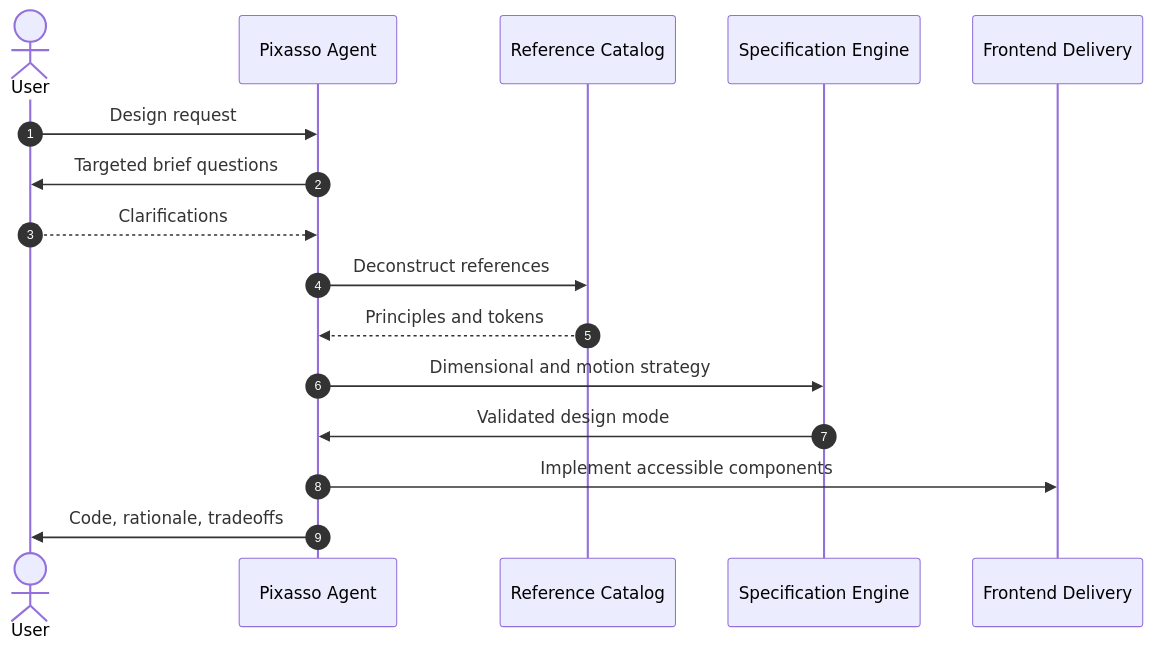
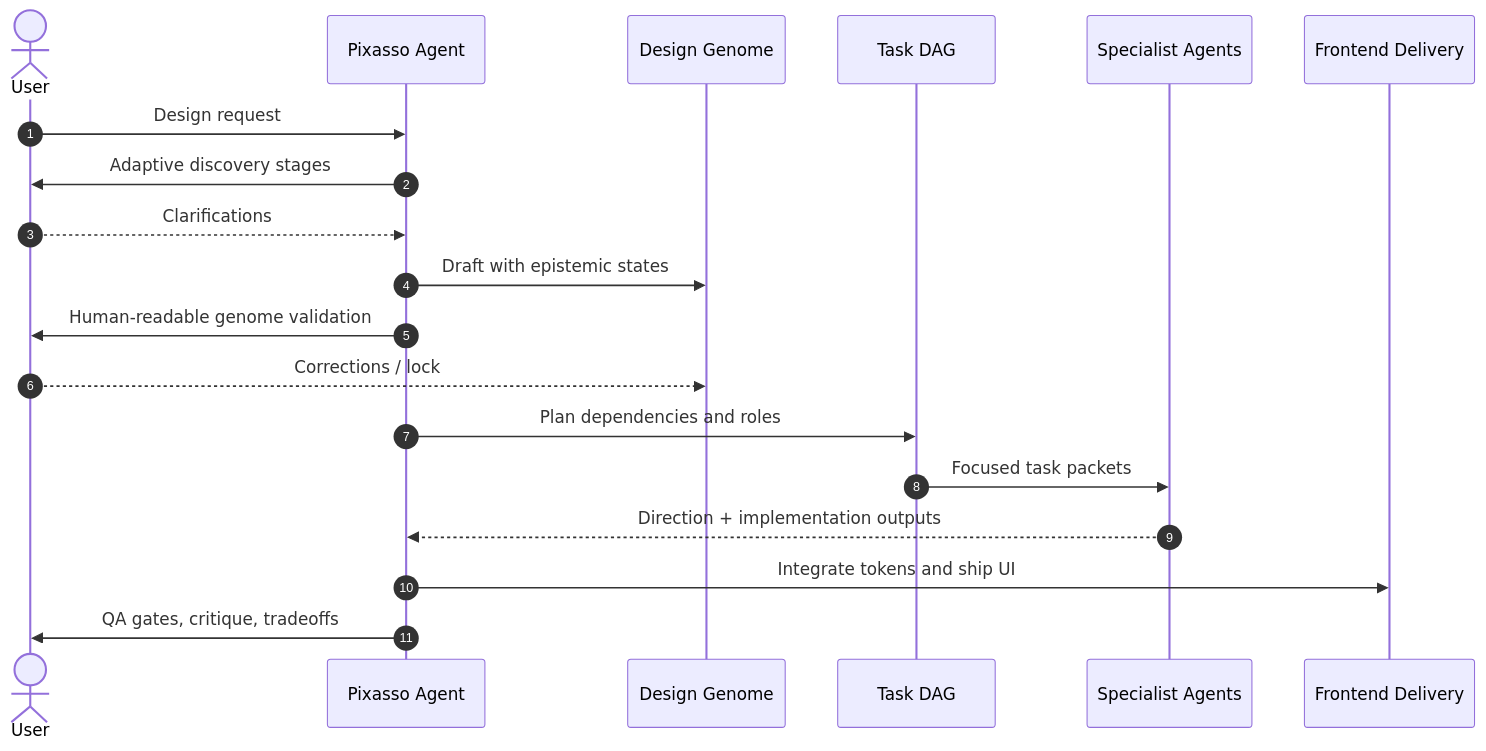
One commit to Erebuzzz/pixasso changed the third of 4 diagrams in README.md. Above: the diagram before and after it, drawn with Mermaid. The commit also changed other lines of this file and 105 other files, not shown here.

First line of the commit message:
Add intent discovery, Design Genome, Task DAG, and user-visible Design Brain.

````diff
--- a/README.md
+++ b/README.md
@@ -136,19 +181,22 @@
 ```mermaid
 sequenceDiagram
     autonumber
     actor User as User
     participant Pixasso as Pixasso Agent
-    participant Research as Reference Catalog
-    participant Spec as Specification Engine
+    participant Genome as Design Genome
+    participant DAG as Task DAG
+    participant Agents as Specialist Agents
     participant Code as Frontend Delivery
 
     User->>Pixasso: Design request
-    Pixasso->>User: Targeted brief questions
+    Pixasso->>User: Adaptive discovery stages
     User-->>Pixasso: Clarifications
-    Pixasso->>Research: Deconstruct references
-    Research-->>Pixasso: Principles and tokens
-    Pixasso->>Spec: Dimensional and motion strategy
-    Spec->>Pixasso: Validated design mode
-    Pixasso->>Code: Implement accessible components
-    Pixasso->>User: Code, rationale, tradeoffs
+    Pixasso->>Genome: Draft with epistemic states
+    Pixasso->>User: Human-readable genome validation
+    User-->>Genome: Corrections / lock
+    Pixasso->>DAG: Plan dependencies and roles
+    DAG->>Agents: Focused task packets
+    Agents-->>Pixasso: Direction + implementation outputs
+    Pixasso->>Code: Integrate tokens and ship UI
+    Pixasso->>User: QA gates, critique, tradeoffs
 ```
````
